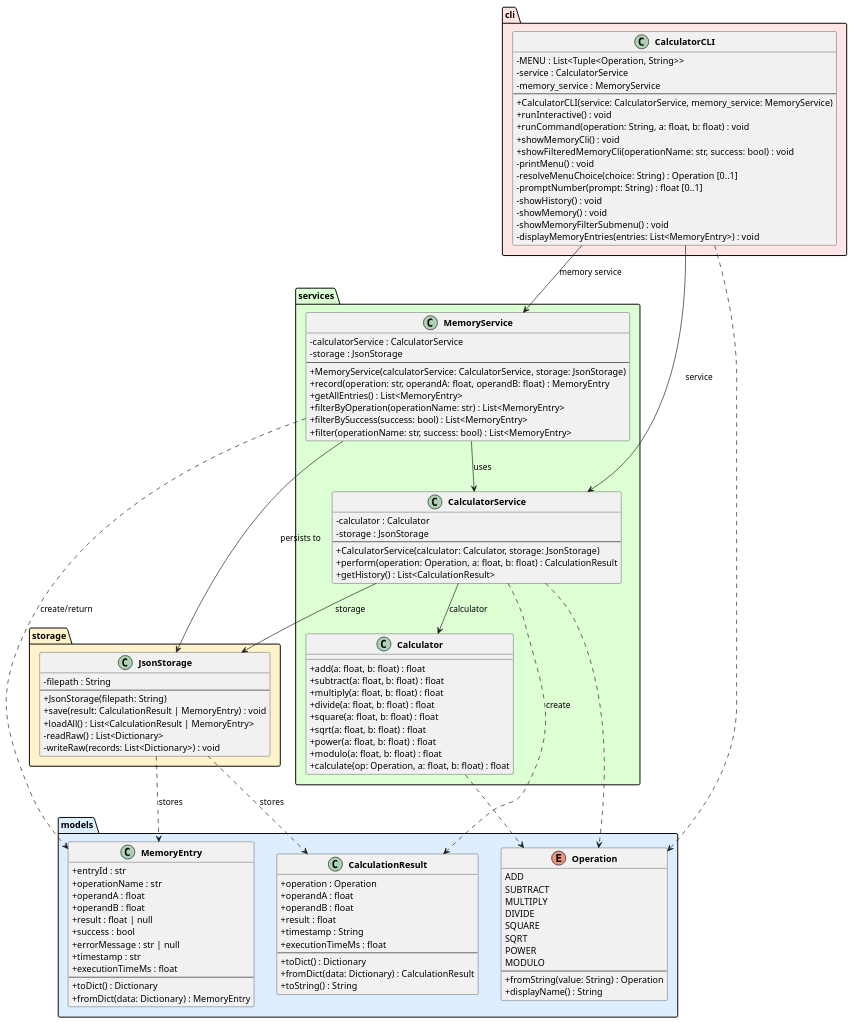
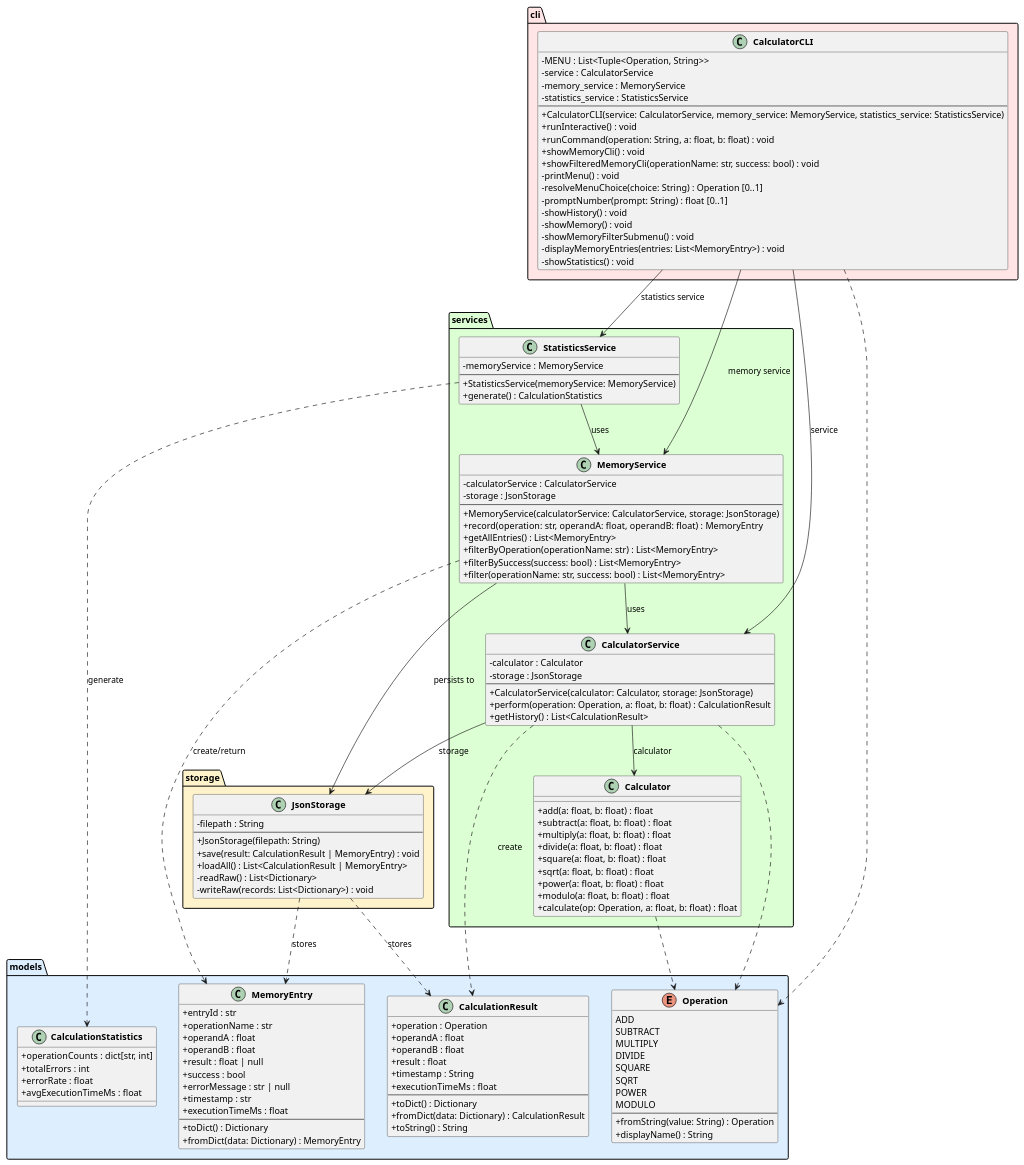
Before and after one commit to DanielRiha8906/Software_autoevolution_using_agents: the diagram in experiments/supervisor_as_tools/user_stories/calculator/artifacts/class_diagram.puml, drawn with PlantUML. The commit also changed 14 other files, not shown here.

```diff
--- a/experiments/supervisor_as_tools/user_stories/calculator/artifacts/class_diagram.puml
+++ b/experiments/supervisor_as_tools/user_stories/calculator/artifacts/class_diagram.puml
@@ -1,133 +1,152 @@
 @startuml class_diagram
 
 skinparam classAttributeIconSize 0
 skinparam classFontStyle bold
 
 package "models" #DDEEFF {
     enum Operation {
         ADD
         SUBTRACT
         MULTIPLY
         DIVIDE
         SQUARE
         SQRT
         POWER
         MODULO
         --
         +fromString(value: String) : Operation
         +displayName() : String
     }
 
     class CalculationResult {
         +operation : Operation
         +operandA : float
         +operandB : float
         +result : float
         +timestamp : String
         +executionTimeMs : float
         --
         +toDict() : Dictionary
         +fromDict(data: Dictionary) : CalculationResult
         +toString() : String
     }
 
     class MemoryEntry {
         +entryId : str
         +operationName : str
         +operandA : float
         +operandB : float
         +result : float | null
         +success : bool
         +errorMessage : str | null
         +timestamp : str
         +executionTimeMs : float
         --
         +toDict() : Dictionary
         +fromDict(data: Dictionary) : MemoryEntry
     }
+
+    class CalculationStatistics {
+        +operationCounts : dict[str, int]
+        +totalErrors : int
+        +errorRate : float
+        +avgExecutionTimeMs : float
+    }
 }
 
 package "services" #DDFFD4 {
     class Calculator {
         +add(a: float, b: float) : float
         +subtract(a: float, b: float) : float
         +multiply(a: float, b: float) : float
         +divide(a: float, b: float) : float
         +square(a: float, b: float) : float
         +sqrt(a: float, b: float) : float
         +power(a: float, b: float) : float
         +modulo(a: float, b: float) : float
         +calculate(op: Operation, a: float, b: float) : float
     }
 
     class CalculatorService {
         -calculator : Calculator
         -storage : JsonStorage
         --
         +CalculatorService(calculator: Calculator, storage: JsonStorage)
         +perform(operation: Operation, a: float, b: float) : CalculationResult
         +getHistory() : List<CalculationResult>
     }
 
     class MemoryService {
         -calculatorService : CalculatorService
         -storage : JsonStorage
         --
         +MemoryService(calculatorService: CalculatorService, storage: JsonStorage)
         +record(operation: str, operandA: float, operandB: float) : MemoryEntry
         +getAllEntries() : List<MemoryEntry>
         +filterByOperation(operationName: str) : List<MemoryEntry>
         +filterBySuccess(success: bool) : List<MemoryEntry>
         +filter(operationName: str, success: bool) : List<MemoryEntry>
     }
+
+    class StatisticsService {
+        -memoryService : MemoryService
+        --
+        +StatisticsService(memoryService: MemoryService)
+        +generate() : CalculationStatistics
+    }
 }
 
 package "storage" #FFF3CC {
     class JsonStorage {
         -filepath : String
         --
         +JsonStorage(filepath: String)
         +save(result: CalculationResult | MemoryEntry) : void
         +loadAll() : List<CalculationResult | MemoryEntry>
         -readRaw() : List<Dictionary>
         -writeRaw(records: List<Dictionary>) : void
     }
 }
 
 package "cli" #FFE5E5 {
     class CalculatorCLI {
         -MENU : List<Tuple<Operation, String>>
         -service : CalculatorService
         -memory_service : MemoryService
+        -statistics_service : StatisticsService
         --
-        +CalculatorCLI(service: CalculatorService, memory_service: MemoryService)
+        +CalculatorCLI(service: CalculatorService, memory_service: MemoryService, statistics_service: StatisticsService)
         +runInteractive() : void
         +runCommand(operation: String, a: float, b: float) : void
         +showMemoryCli() : void
         +showFilteredMemoryCli(operationName: str, success: bool) : void
         -printMenu() : void
         -resolveMenuChoice(choice: String) : Operation [0..1]
         -promptNumber(prompt: String) : float [0..1]
         -showHistory() : void
         -showMemory() : void
         -showMemoryFilterSubmenu() : void
         -displayMemoryEntries(entries: List<MemoryEntry>) : void
+        -showStatistics() : void
     }
 }
 
 CalculatorCLI --> CalculatorService : service
 CalculatorCLI --> MemoryService : memory service
+CalculatorCLI --> StatisticsService : statistics service
 CalculatorService --> Calculator : calculator
 CalculatorService --> JsonStorage : storage
 MemoryService --> CalculatorService : uses
 MemoryService --> JsonStorage : persists to
+StatisticsService --> MemoryService : uses
 
 CalculatorService ..> CalculationResult : create
 MemoryService ..> MemoryEntry : create/return
+StatisticsService ..> CalculationStatistics : generate
 CalculatorService ..> Operation
 CalculatorCLI ..> Operation
 Calculator ..> Operation
 JsonStorage ..> CalculationResult : stores
 JsonStorage ..> MemoryEntry : stores
 
 @enduml
```
